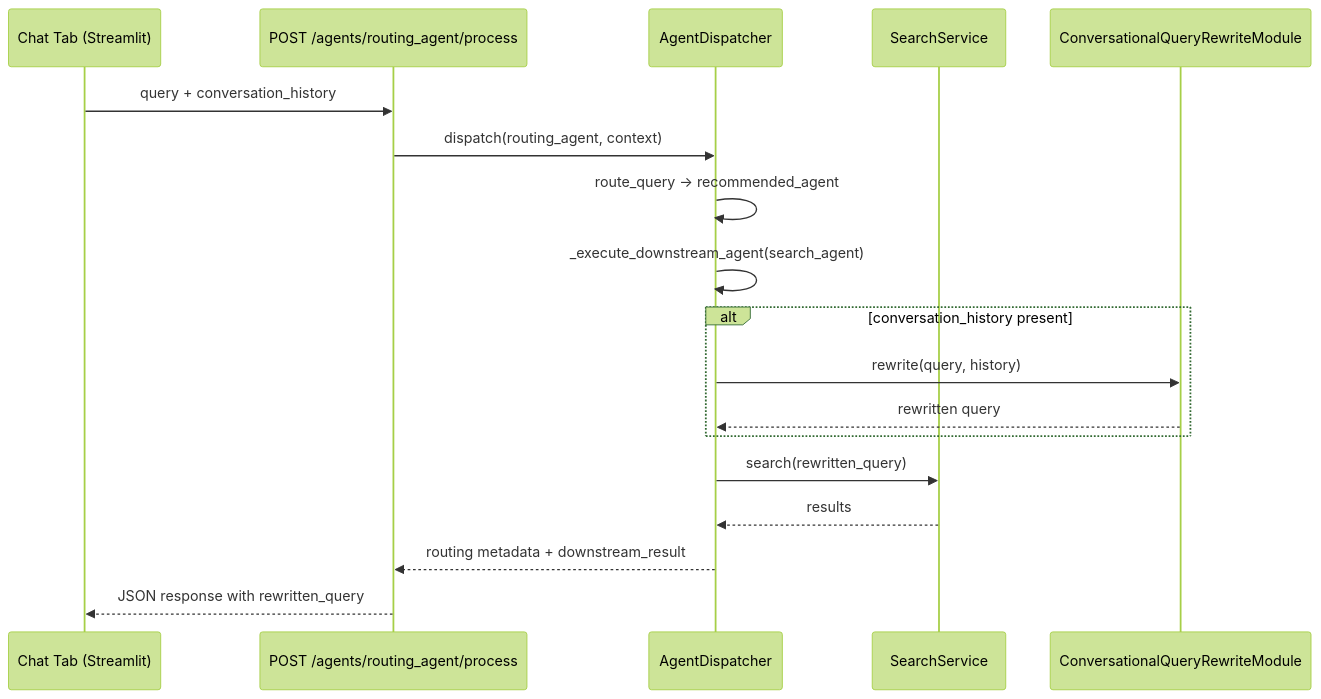
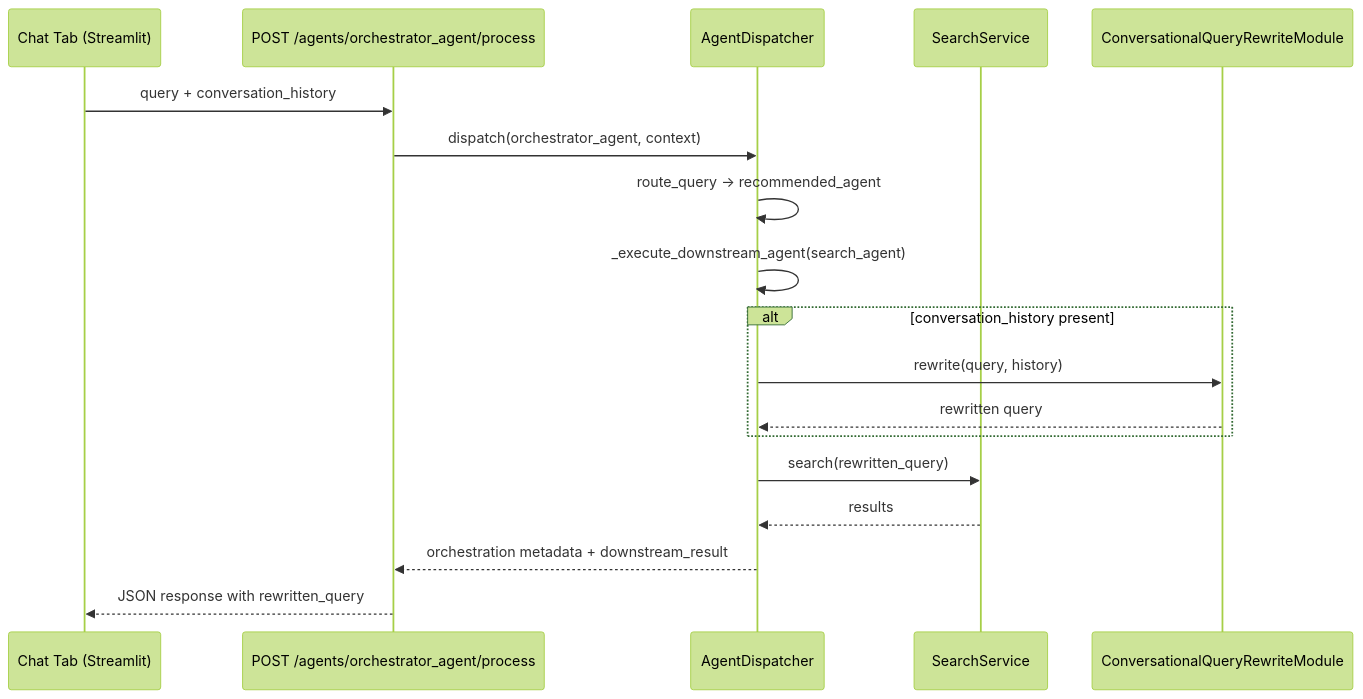
Before and after one commit to amit-jain/cogniverse: the fourth of 4 diagrams in docs/development/ui-dashboard.md, drawn with Mermaid (forest theme). The commit also changed other lines of this file and 75 other files, not shown here.

First line of the commit message:
Remove RoutingAgent and replace with OrchestratorAgent dispatch

````diff
--- a/docs/development/ui-dashboard.md
+++ b/docs/development/ui-dashboard.md
@@ -993,23 +993,23 @@
 ```mermaid
 sequenceDiagram
     participant U as Chat Tab (Streamlit)
-    participant REST as POST /agents/routing_agent/process
+    participant REST as POST /agents/orchestrator_agent/process
     participant D as AgentDispatcher
     participant S as SearchService
     participant QR as ConversationalQueryRewriteModule
 
     U->>REST: query + conversation_history
-    REST->>D: dispatch(routing_agent, context)
+    REST->>D: dispatch(orchestrator_agent, context)
     D->>D: route_query → recommended_agent
     D->>D: _execute_downstream_agent(search_agent)
 
     alt conversation_history present
         D->>QR: rewrite(query, history)
         QR-->>D: rewritten query
     end
 
     D->>S: search(rewritten_query)
     S-->>D: results
-    D-->>REST: routing metadata + downstream_result
+    D-->>REST: orchestration metadata + downstream_result
     REST-->>U: JSON response with rewritten_query
 ```
````
